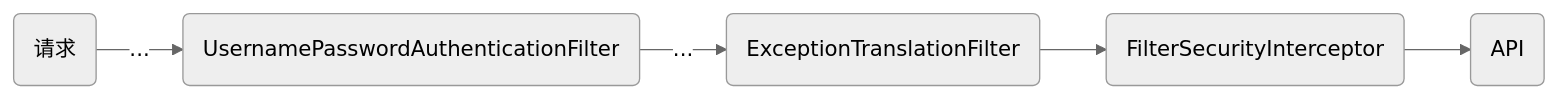
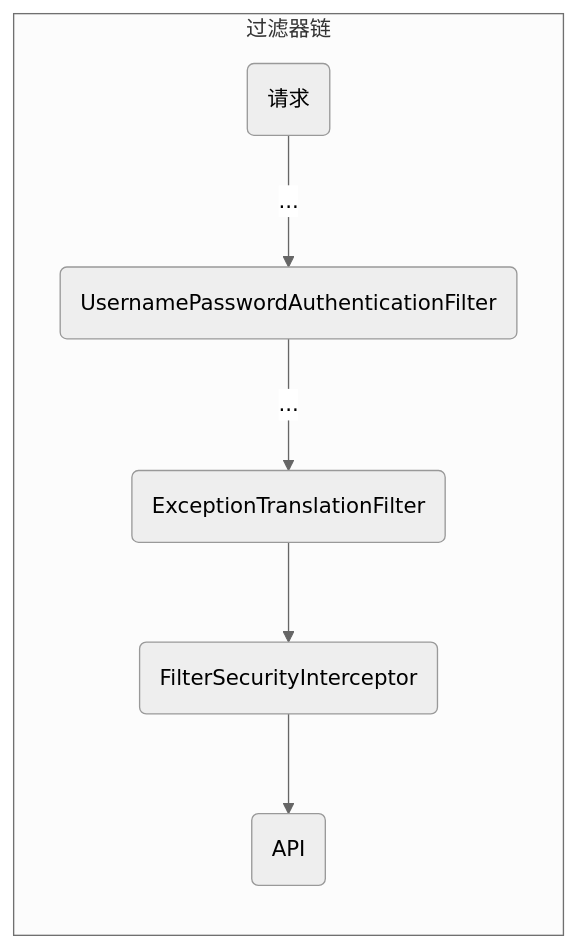
One commit to poppop9/obsidian changed the diagram in 计算机/JavaWeb/后端/Spring Security.md. Above: the diagram before and after it, drawn with Mermaid (neutral theme). The commit also changed other lines of this file and 4 other files, not shown here.

````diff
--- a/计算机/JavaWeb/后端/Spring Security.md
+++ b/计算机/JavaWeb/后端/Spring Security.md
@@ -39,7 +19,9 @@
 ```mermaid
 graph LR
-    A(请求) -->|...| B(UsernamePasswordAuthenticationFilter)
-    B -->|...| C(ExceptionTranslationFilter)
-    C --> D(FilterSecurityInterceptor)
-    D --> E(API)
+	subgraph 过滤器链
+	    A(请求) -->|...| B(UsernamePasswordAuthenticationFilter)
+	    B -->|...| C(ExceptionTranslationFilter)
+	    C --> D(FilterSecurityInterceptor)
+	    D --> E(API)
+    end
 ```
````
